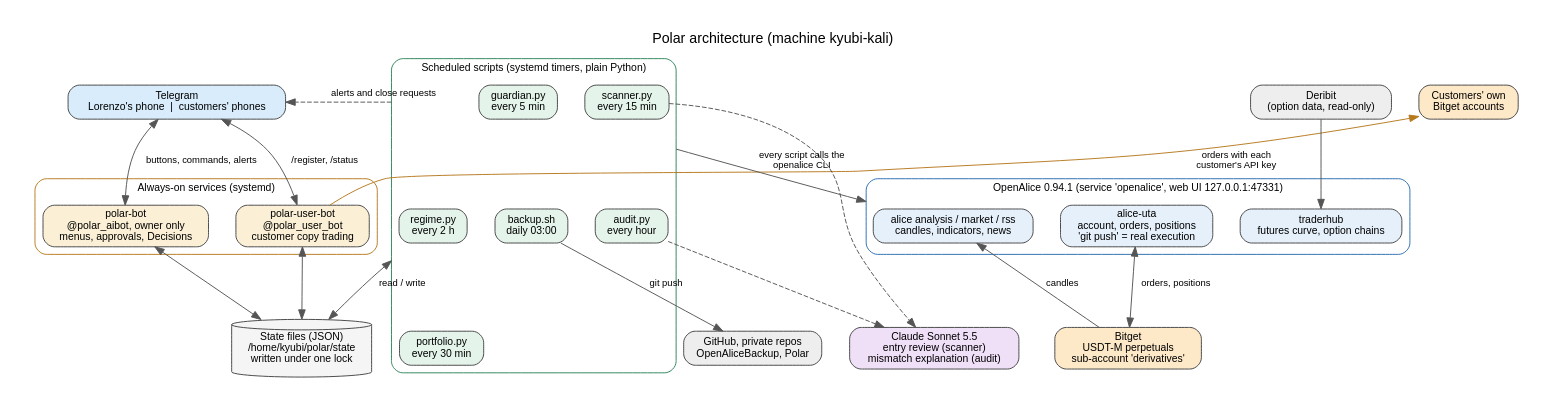
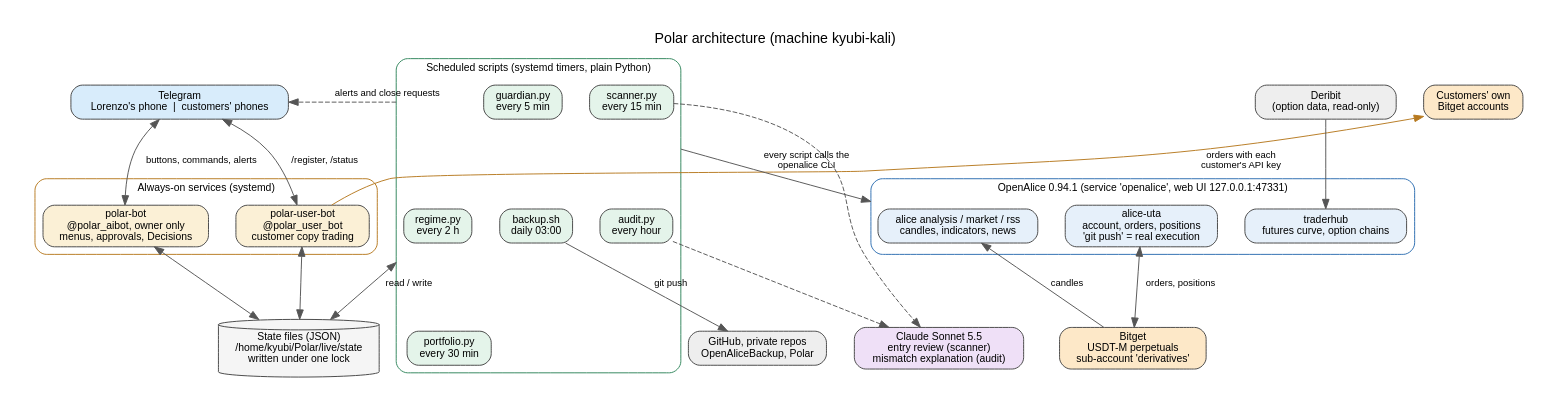
Before and after one commit to k1ubi/Polar: the diagram in Doc/Infrastructure/live-system/diagrams/architecture.dot, drawn with Graphviz. The commit also changed 10 other files, not shown here.

First line of the commit message:
Docs and .gitignore: single working directory (live/ and github-backup/ under Polar)

```diff
--- a/Doc/Infrastructure/live-system/diagrams/architecture.dot
+++ b/Doc/Infrastructure/live-system/diagrams/architecture.dot
@@ -1,59 +1,59 @@
 digraph polar {
   rankdir=TB; compound=true; fontname="Helvetica"; nodesep=0.4; ranksep=0.9; pad=0.3; newrank=true;
   node [fontname="Helvetica", fontsize=11, shape=box, style="rounded,filled", fillcolor="#ffffff", color="#444444"];
   edge [fontname="Helvetica", fontsize=10, color="#555555"];
   labelloc=t; label="Polar architecture (machine kyubi-kali)"; fontsize=15;
 
   tg [label="Telegram\nLorenzo's phone  |  customers' phones", fillcolor="#d8ecfb"];
 
   subgraph cluster_bots {
     label="Always-on services (systemd)"; style="rounded"; color="#b7791f"; fontsize=11;
     bot  [label="polar-bot\n@polar_aibot, owner only\nmenus, approvals, Decisions", fillcolor="#fbf0d6"];
     ubot [label="polar-user-bot\n@polar_user_bot\ncustomer copy trading", fillcolor="#fbf0d6"];
   }
 
-  state [label="State files (JSON)\n/home/kyubi/polar/state\nwritten under one lock", shape=cylinder, fillcolor="#f5f5f5"];
+  state [label="State files (JSON)\n/home/kyubi/Polar/live/state\nwritten under one lock", shape=cylinder, fillcolor="#f5f5f5"];
 
   subgraph cluster_timers {
     label="Scheduled scripts (systemd timers, plain Python)"; style="rounded"; color="#2f855a"; fontsize=11;
     regime   [label="regime.py\nevery 2 h", fillcolor="#e4f4ea"];
     scanner  [label="scanner.py\nevery 15 min", fillcolor="#e4f4ea"];
     guardian [label="guardian.py\nevery 5 min", fillcolor="#e4f4ea"];
     portfolio[label="portfolio.py\nevery 30 min", fillcolor="#e4f4ea"];
     audit    [label="audit.py\nevery hour", fillcolor="#e4f4ea"];
     backup   [label="backup.sh\ndaily 03:00", fillcolor="#e4f4ea"];
   }
 
   claude [label="Claude Sonnet 5.5\nentry review (scanner)\nmismatch explanation (audit)", fillcolor="#efe0f7"];
   gh     [label="GitHub, private repos\nOpenAliceBackup, Polar", fillcolor="#eeeeee"];
 
   subgraph cluster_oa {
     label="OpenAlice 0.94.1 (service 'openalice', web UI 127.0.0.1:47331)"; style="rounded"; color="#2b6cb0"; fontsize=11;
     oa_data [label="alice analysis / market / rss\ncandles, indicators, news", fillcolor="#e6f0fa"];
     oa_th   [label="traderhub\nfutures curve, option chains", fillcolor="#e6f0fa"];
     oa_uta  [label="alice-uta\naccount, orders, positions\n'git push' = real execution", fillcolor="#e6f0fa"];
   }
 
   deribit [label="Deribit\n(option data, read-only)", fillcolor="#eeeeee"];
   bitget  [label="Bitget\nUSDT-M perpetuals\nsub-account 'derivatives'", fillcolor="#fde8c8"];
   custbg  [label="Customers' own\nBitget accounts", fillcolor="#fde8c8"];
 
   tg -> bot  [dir=both, label="  buttons, commands, alerts"];
   tg -> ubot [dir=both, label="  /register, /status"];
   guardian -> tg [ltail=cluster_timers, label="  alerts and close requests", constraint=false, style=dashed];
 
   bot -> state  [dir=both];
   ubot -> state [dir=both];
   regime -> state [ltail=cluster_timers, dir=both, label="  read / write"];
 
   regime -> portfolio [style=invis]; scanner -> audit [style=invis]; guardian -> backup [style=invis];
   scanner -> claude [style=dashed];
   audit -> claude [style=dashed];
   backup -> gh [label="  git push"];
 
   guardian -> oa_data [ltail=cluster_timers, lhead=cluster_oa, label="  every script calls the\n  openalice CLI"];
   oa_uta -> bitget [dir=both, label="  orders, positions"];
   oa_data -> bitget [dir=back, label="  candles"];
   deribit -> oa_th;
   ubot -> custbg [label="  orders with each\n  customer's API key", color="#b7791f", constraint=false];
 }
```
